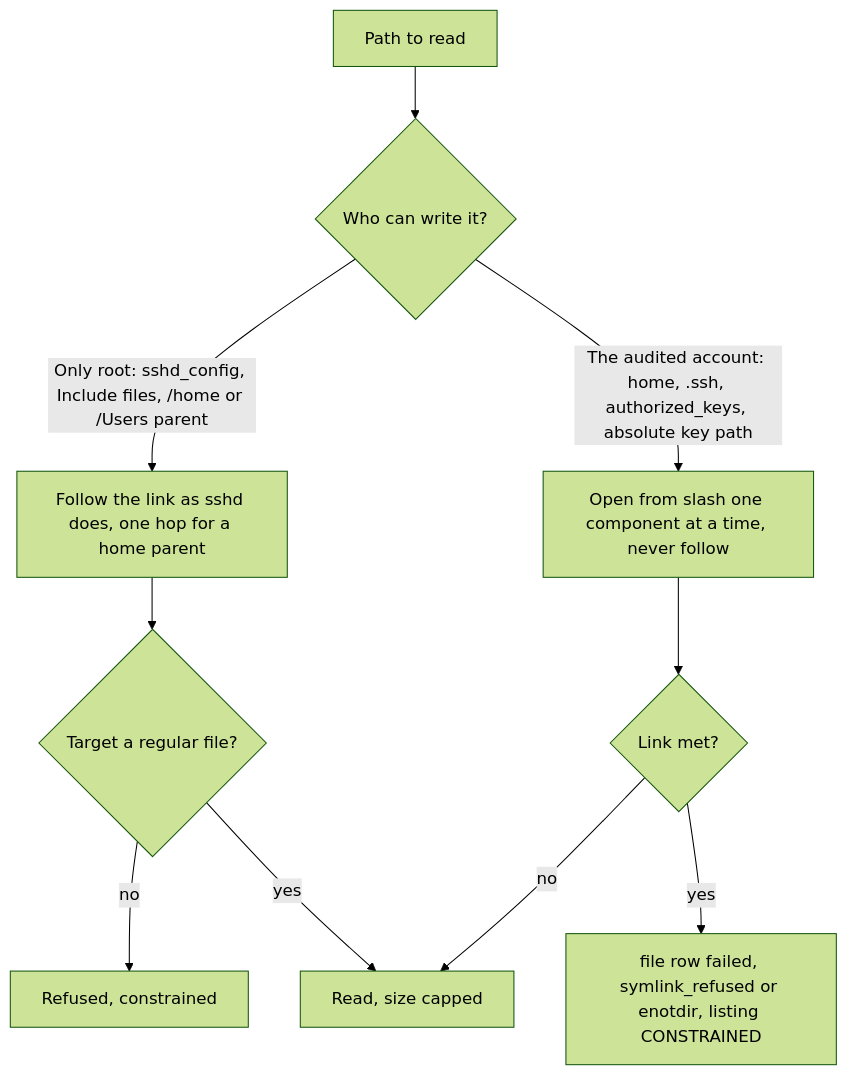
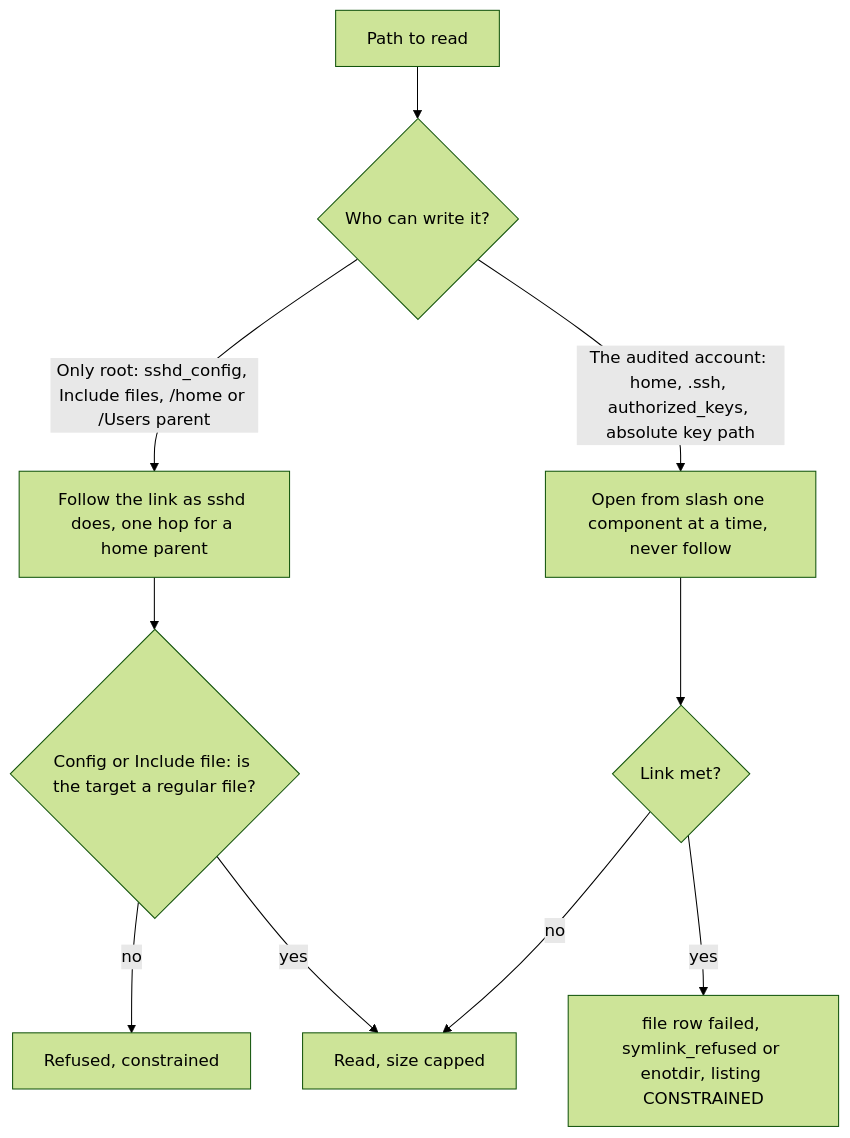
One commit to DevNullLtd/Yuzu changed the third of 3 diagrams in agents/plugins/remote_access_audit/README.md. Above: the diagram before and after it, drawn with Mermaid (forest theme). The commit also changed other lines of this file and 69 other files, not shown here.

````diff
--- a/agents/plugins/remote_access_audit/README.md
+++ b/agents/plugins/remote_access_audit/README.md
@@ -70,12 +70,12 @@
 ```mermaid
 flowchart TD
   P["Path to read"] --> W{"Who can write it?"}
   W -- "Only root: sshd_config, Include files, /home or /Users parent" --> F["Follow the link as sshd does, one hop for a home parent"]
-  F --> T{"Target a regular file?"}
+  F --> T{"Config or Include file: is the target a regular file?"}
   T -- "no" --> X["Refused, constrained"]
   T -- "yes" --> OK["Read, size capped"]
   W -- "The audited account: home, .ssh, authorized_keys, absolute key path" --> NF["Open from slash one component at a time, never follow"]
   NF --> L{"Link met?"}
   L -- "yes" --> FA["file row failed, symlink_refused or enotdir, listing CONSTRAINED"]
   L -- "no" --> OK
 ```
````
